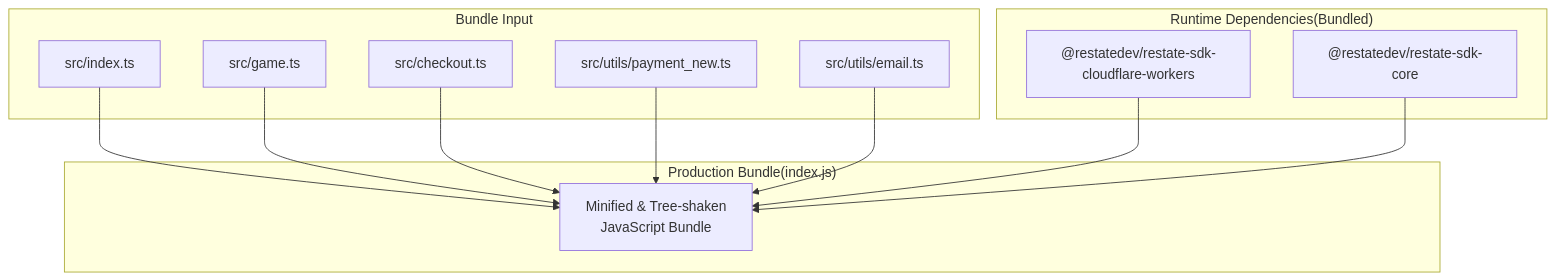
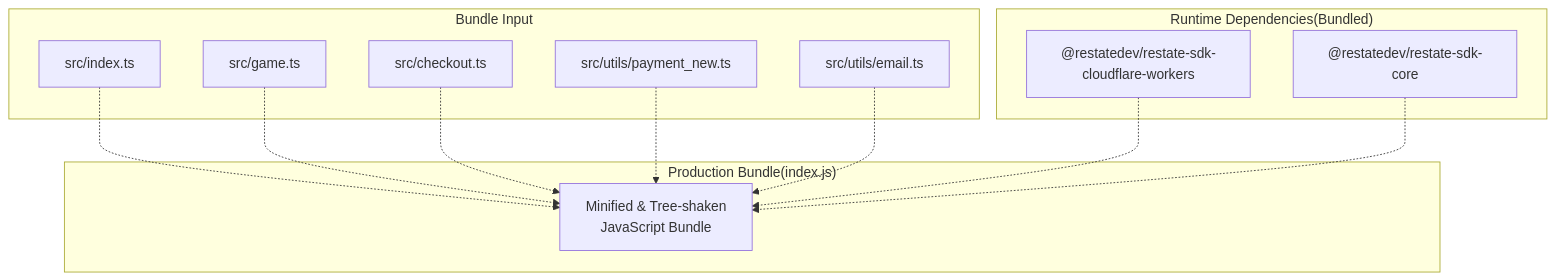
One commit to philipz/restate-cloudflare-workers-poc changed the fourth of 4 diagrams in docs/deepwiki/Dependencies.md. Above: the diagram before and after it, drawn with Mermaid. The commit also changed other lines of this file and 27 other files, not shown here.

````diff
--- a/docs/deepwiki/Dependencies.md
+++ b/docs/deepwiki/Dependencies.md
@@ -528,37 +528,37 @@
 ```mermaid
 flowchart TD
 
 Index["src/index.ts"]
 Game["src/game.ts"]
 Checkout["src/checkout.ts"]
 Payment["src/utils/payment_new.ts"]
 Email["src/utils/email.ts"]
 SDK["@restatedev/restate-sdk-cloudflare-workers"]
 Core["@restatedev/restate-sdk-core"]
 BundledCode["Minified & Tree-shaken<br>JavaScript Bundle"]
 
-Index --> BundledCode
-Game --> BundledCode
-Checkout --> BundledCode
-Payment --> BundledCode
-Email --> BundledCode
-SDK --> BundledCode
-Core --> BundledCode
+Index -.-> BundledCode
+Game -.-> BundledCode
+Checkout -.-> BundledCode
+Payment -.-> BundledCode
+Email -.-> BundledCode
+SDK -.-> BundledCode
+Core -.-> BundledCode
 
 subgraph subGraph2 ["Production Bundle(index.js)"]
     BundledCode
 end
 
 subgraph subGraph1 ["Runtime Dependencies(Bundled)"]
     SDK
     Core
 end
 
 subgraph subGraph0 ["Bundle Input"]
     Index
     Game
     Checkout
     Payment
     Email
 end
 ```
````
